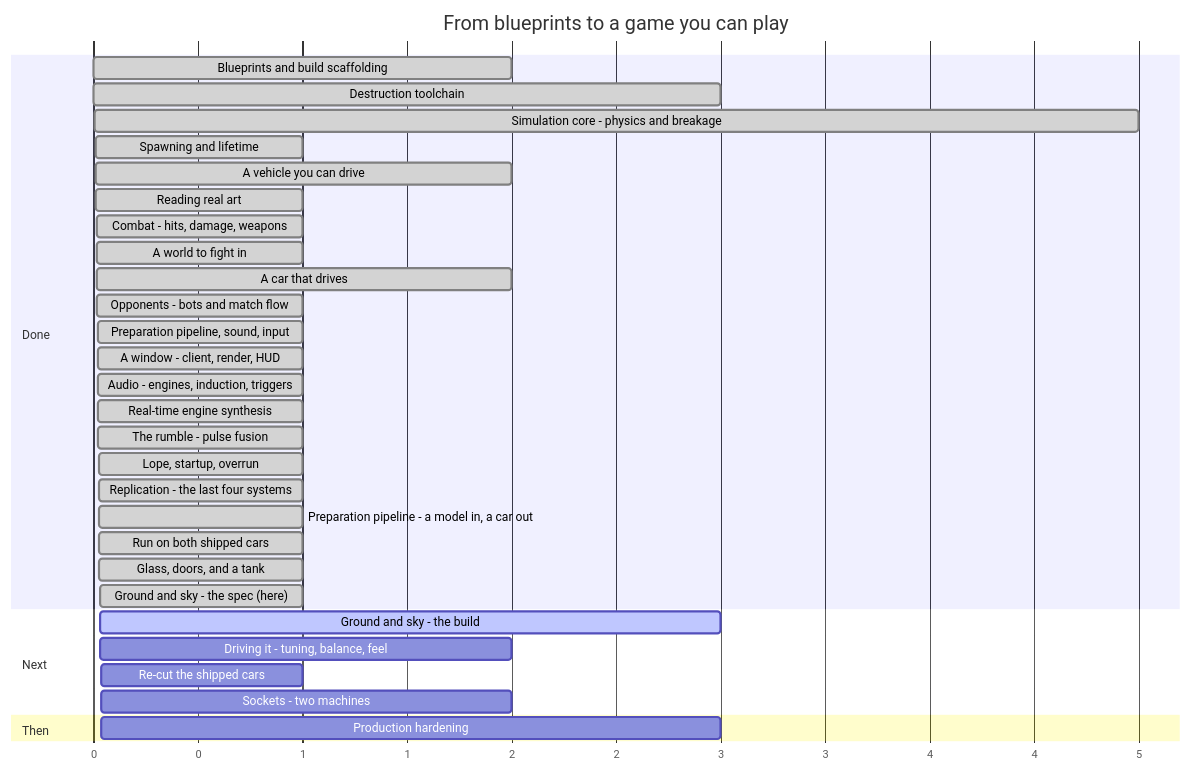
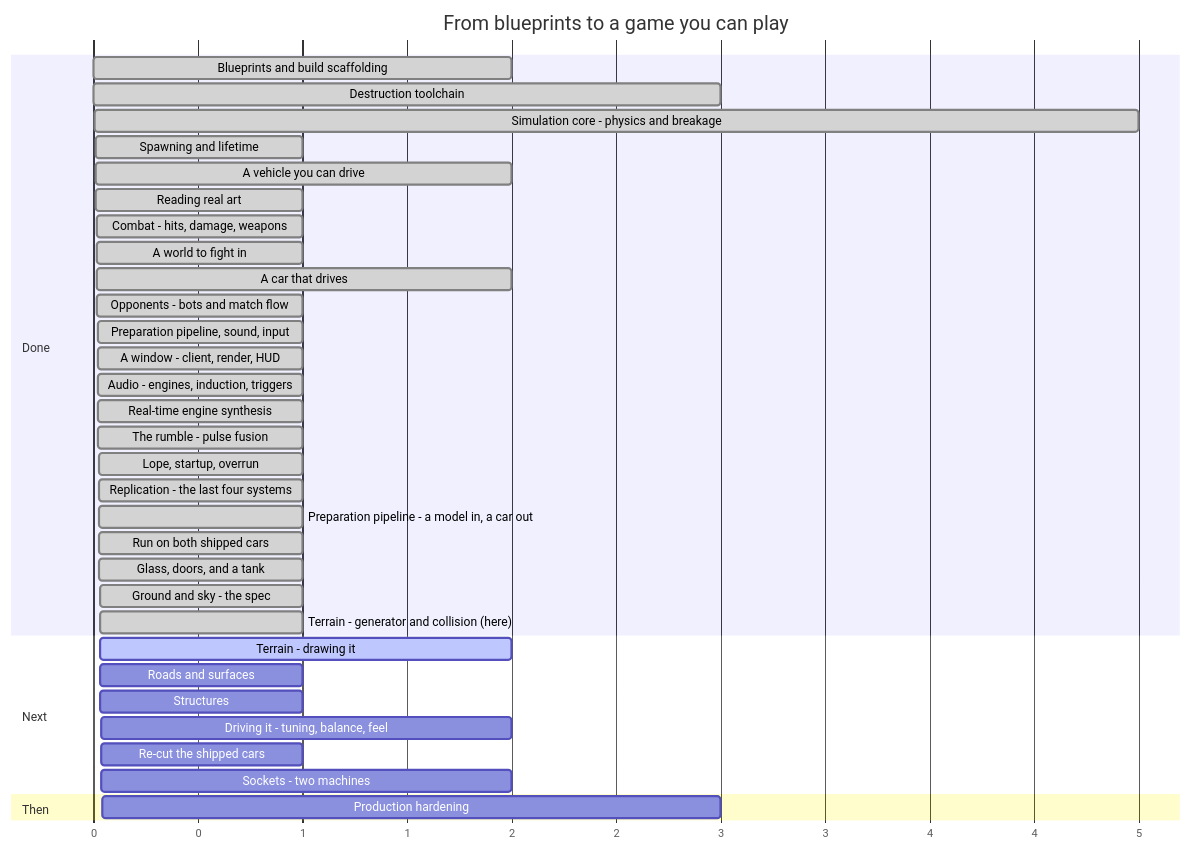
The diagram in ROADMAP.md (RobLobsta/Syndicate), drawn with Mermaid before and after one commit. The commit also changed other lines of this file and 24 other files, not shown here.

````diff
--- a/ROADMAP.md
+++ b/ROADMAP.md
@@ -27,38 +29,41 @@
 ```mermaid
 gantt
     title From blueprints to a game you can play
     dateFormat X
     axisFormat %s
 
     section Done
     Blueprints and build scaffolding        :done, p0, 0, 2
     Destruction toolchain                   :done, p1, 2, 3
     Simulation core - physics and breakage   :done, p2, 5, 5
     Spawning and lifetime                   :done, p3, 10, 1
     A vehicle you can drive                 :done, p4, 11, 2
     Reading real art                        :done, p6a, 13, 1
     Combat - hits, damage, weapons          :done, p5, 14, 1
     A world to fight in                     :done, p6, 15, 1
     A car that drives                       :done, p6b, 16, 2
     Opponents - bots and match flow         :done, p8, 18, 1
     Preparation pipeline, sound, input      :done, p6c, 19, 1
     A window - client, render, HUD          :done, p7, 20, 1
     Audio - engines, induction, triggers    :done, p7b, 21, 1
     Real-time engine synthesis              :done, p7c, 22, 1
     The rumble - pulse fusion               :done, p7d, 23, 1
     Lope, startup, overrun                  :done, p7e, 24, 1
     Replication - the last four systems     :done, p9a, 25, 1
     Preparation pipeline - a model in, a car out :done, p6d, 26, 1
     Run on both shipped cars                :done, p6e, 27, 1
     Glass, doors, and a tank                :done, p6f, 28, 1
-    Ground and sky - the spec (here)        :done, p12a, 29, 1
+    Ground and sky - the spec               :done, p12a, 29, 1
+    Terrain - generator and collision (here) :done, p12b, 30, 1
 
     section Next
-    Ground and sky - the build              :active, p12, 30, 3
-    Driving it - tuning, balance, feel      :p11, 33, 2
-    Re-cut the shipped cars                 :p6g, 35, 1
-    Sockets - two machines                  :p9b, 36, 2
+    Terrain - drawing it                    :active, p12c, 31, 2
+    Roads and surfaces                      :p12d, 33, 1
+    Structures                              :p12e, 34, 1
+    Driving it - tuning, balance, feel      :p11, 35, 2
+    Re-cut the shipped cars                 :p6g, 37, 1
+    Sockets - two machines                  :p9b, 38, 2
 
     section Then
-    Production hardening                    :p10, 38, 3
+    Production hardening                    :p10, 40, 3
 ```
````
